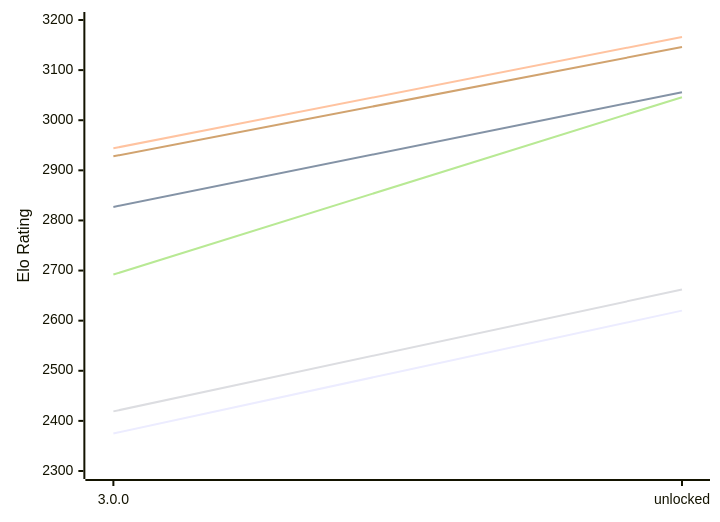
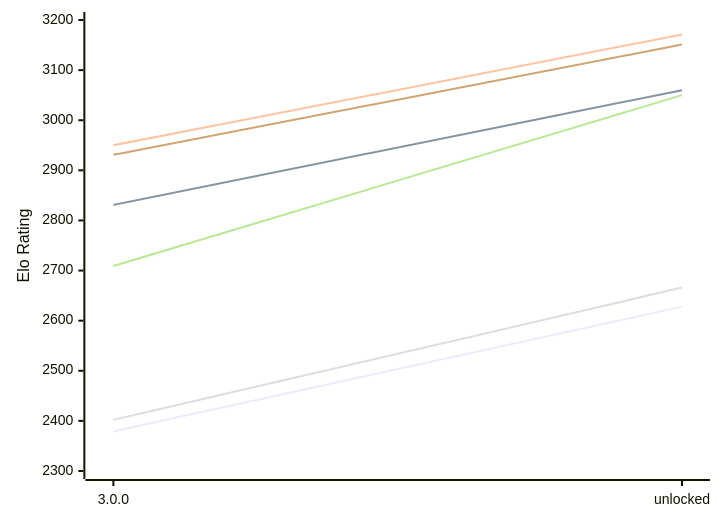
One commit to computer-chess-index/cci changed the first of 2 diagrams in engines/Potential.md. Above: the diagram before and after it, drawn with Mermaid. The commit also changed other lines of this file, not shown here.

Commit message:
Update CCI Ratings (ELO VLTC) - 2026-11-20

````diff
--- a/engines/Potential.md
+++ b/engines/Potential.md
@@ -51,12 +51,12 @@
 ```mermaid
 %%{init: {"theme":"base","themeVariables":{"seriesColors:['#a3a3a3','#222221','#faa371']}}}%%
 xychart-beta
   x-axis ["3.0.0", "unlocked"]
   y-axis "Elo Rating" 2300 --> 3200
-  line "E1: STC (8.0+0.08s)" [2375, 2620]
-  line "E1: LTC (60.0+0.60s)" [2827, 3056]
-  line "E1: VLTC (2m24s+1.12s)" [2944, 3166]
-  line "P1: STC (8.0+0.08s)" [2419, 2662]
-  line "P1: LTC (60.0+0.60s)" [2692, 3046]
-  line "P1: VLTC (2m24s+1.12s)" [2928, 3146]
+  line "E1: STC (8.0+0.08s)" [2379, 2628]
+  line "E1: LTC (60.0+0.60s)" [2831, 3060]
+  line "E1: VLTC (2m24s+1.12s)" [2950, 3171]
+  line "P1: STC (8.0+0.08s)" [2402, 2666]
+  line "P1: LTC (60.0+0.60s)" [2709, 3050]
+  line "P1: VLTC (2m24s+1.12s)" [2931, 3151]
 ```
````
